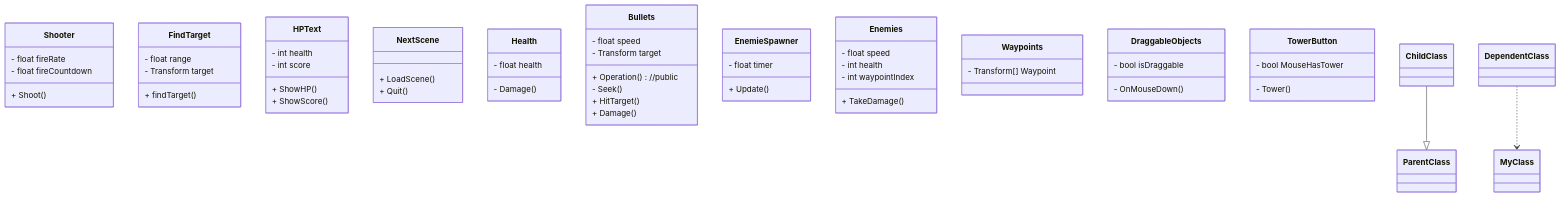
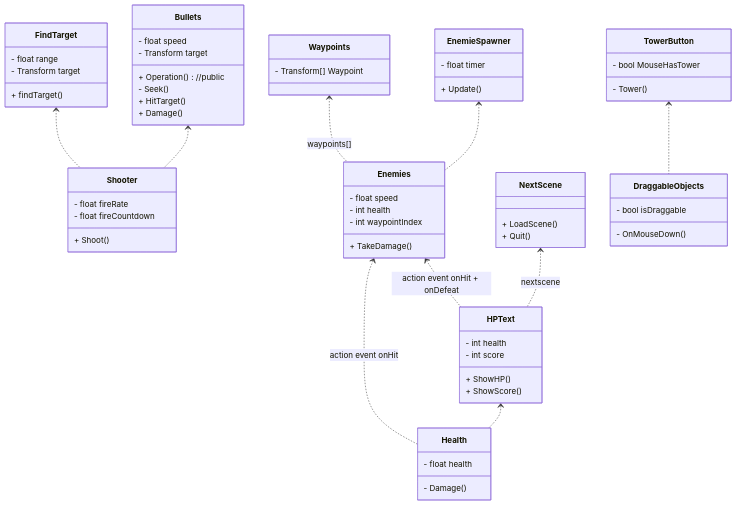
One commit to Anthony-de-Hoog/BO-Tower-Defence changed the diagram in ClassDiagramTD.md. Above: the diagram before and after it, drawn with Mermaid. The commit also changed 175 other files, not shown here.

Commit message:
Eindpresentatie+ClassDiagram+ReadMe

````diff
--- a/ClassDiagramTD.md
+++ b/ClassDiagramTD.md
@@ -70,10 +70,24 @@
     - Tower()
 }
 
-ChildClass --|> ParentClass
+Waypoints <.. Enemies : waypoints[]
 
+EnemieSpawner <.. Enemies
 
-DependentClass ..> MyClass
+TowerButton <.. DraggableObjects
+
+Enemies <.. Health : action event onHit
+
+HPText <.. Health
+
+Enemies <.. HPText : action event onHit + onDefeat
+
+NextScene <.. HPText : nextscene
+
+FindTarget <.. Shooter
+
+Bullets <.. Shooter
+
 
 
 ```
````
